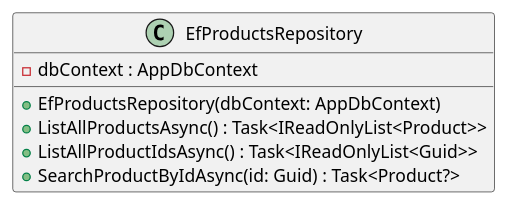
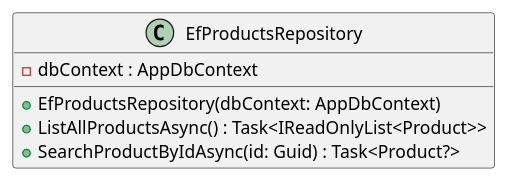
Before and after one commit to rogerrocaarano/DesignPatternsDemo: the diagram in docs/WebApi/classes/EfProductsRepository.puml, drawn with PlantUML. The commit also changed 93 other files, not shown here.

First line of the commit message:
Refactor: migrate Sales to Use Case pattern and adopt layered architecture

```diff
--- a/docs/WebApi/classes/EfProductsRepository.puml
+++ b/docs/WebApi/classes/EfProductsRepository.puml
@@ -1,11 +1,10 @@
 @startuml EfProductsRepository
 
 class EfProductsRepository {
     -dbContext : AppDbContext
     +EfProductsRepository(dbContext: AppDbContext)
     +ListAllProductsAsync() : Task<IReadOnlyList<Product>>
-    +ListAllProductIdsAsync() : Task<IReadOnlyList<Guid>>
     +SearchProductByIdAsync(id: Guid) : Task<Product?>
 }
 
 @enduml
```
